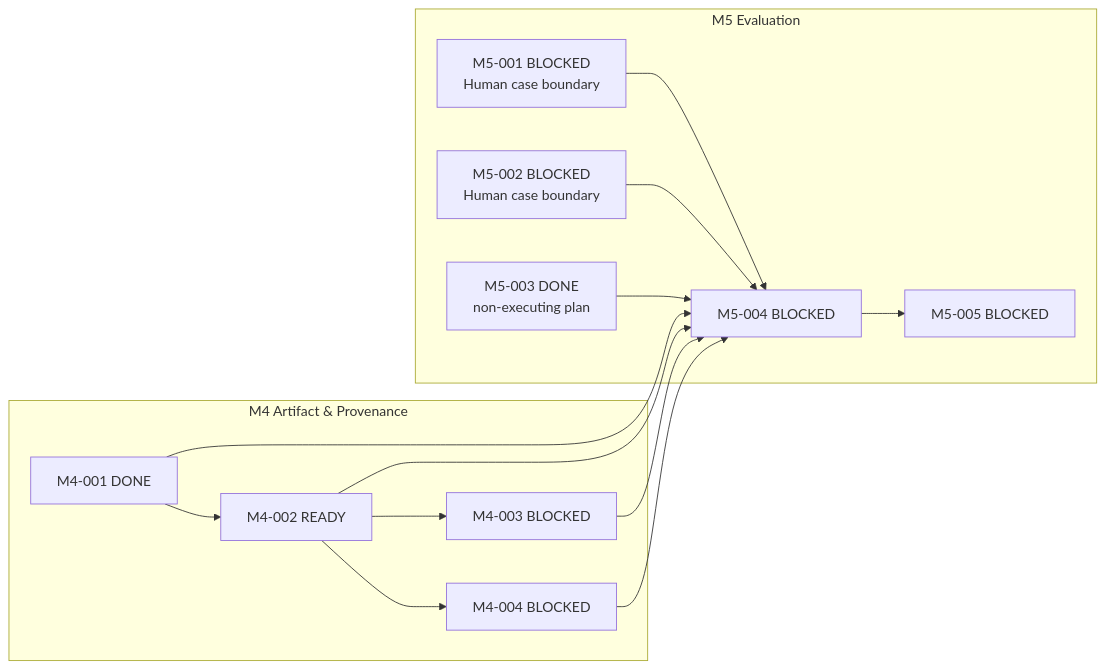
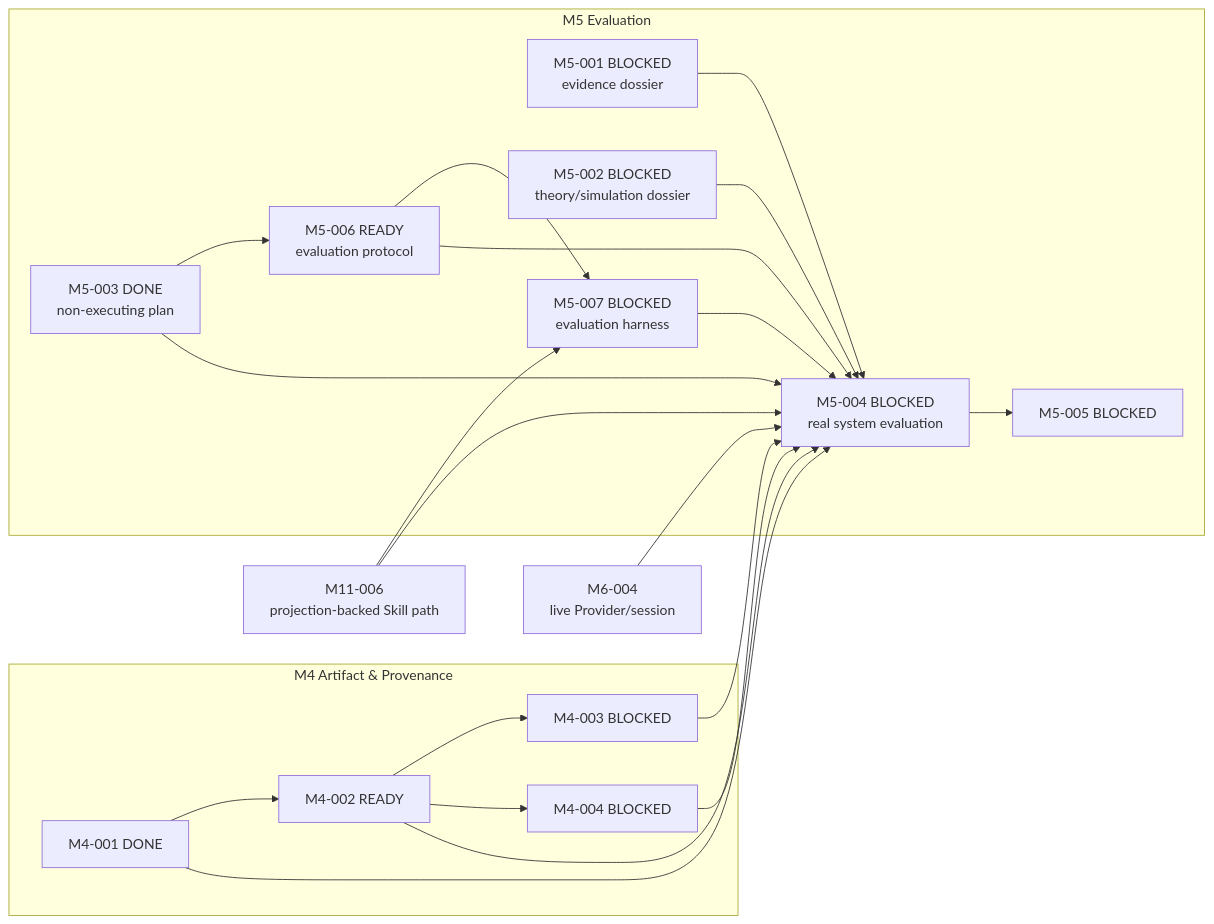
One commit to Chengyue-Lu/research-agent-workbench changed the third of 4 diagrams in docs/M_SERIES_IMPLEMENTATION_MAP.md. Above: the diagram before and after it, drawn with Mermaid. The commit also changed other lines of this file and 6 other files, not shown here.

Commit message:
docs(m5): define system evaluation protocol tasks

````diff
--- a/docs/M_SERIES_IMPLEMENTATION_MAP.md
+++ b/docs/M_SERIES_IMPLEMENTATION_MAP.md
@@ -92,20 +92,27 @@
 ```mermaid
 flowchart LR
     subgraph M4["M4 Artifact & Provenance"]
         M4001["M4-001 DONE"] --> M4002["M4-002 READY"]
         M4002 --> M4003["M4-003 BLOCKED"]
         M4002 --> M4004["M4-004 BLOCKED"]
     end
 
     subgraph M5["M5 Evaluation"]
-        M5001["M5-001 BLOCKED<br/>Human case boundary"] --> M5004["M5-004 BLOCKED"]
-        M5002["M5-002 BLOCKED<br/>Human case boundary"] --> M5004
-        M5003["M5-003 DONE<br/>non-executing plan"] --> M5004
+        M5001["M5-001 BLOCKED<br/>evidence dossier"] --> M5004["M5-004 BLOCKED<br/>real system evaluation"]
+        M5002["M5-002 BLOCKED<br/>theory/simulation dossier"] --> M5004
+        M5003["M5-003 DONE<br/>non-executing plan"] --> M5006["M5-006 READY<br/>evaluation protocol"]
+        M5006 --> M5007["M5-007 BLOCKED<br/>evaluation harness"]
+        M5003 --> M5004
+        M5006 --> M5004
+        M5007 --> M5004
         M5004 --> M5005["M5-005 BLOCKED"]
     end
 
     M4001 --> M5004
     M4002 --> M5004
     M4003 --> M5004
     M4004 --> M5004
+    M1106["M11-006<br/>projection-backed Skill path"] --> M5007
+    M1106 --> M5004
+    M6004["M6-004<br/>live Provider/session"] --> M5004
 ```
````
